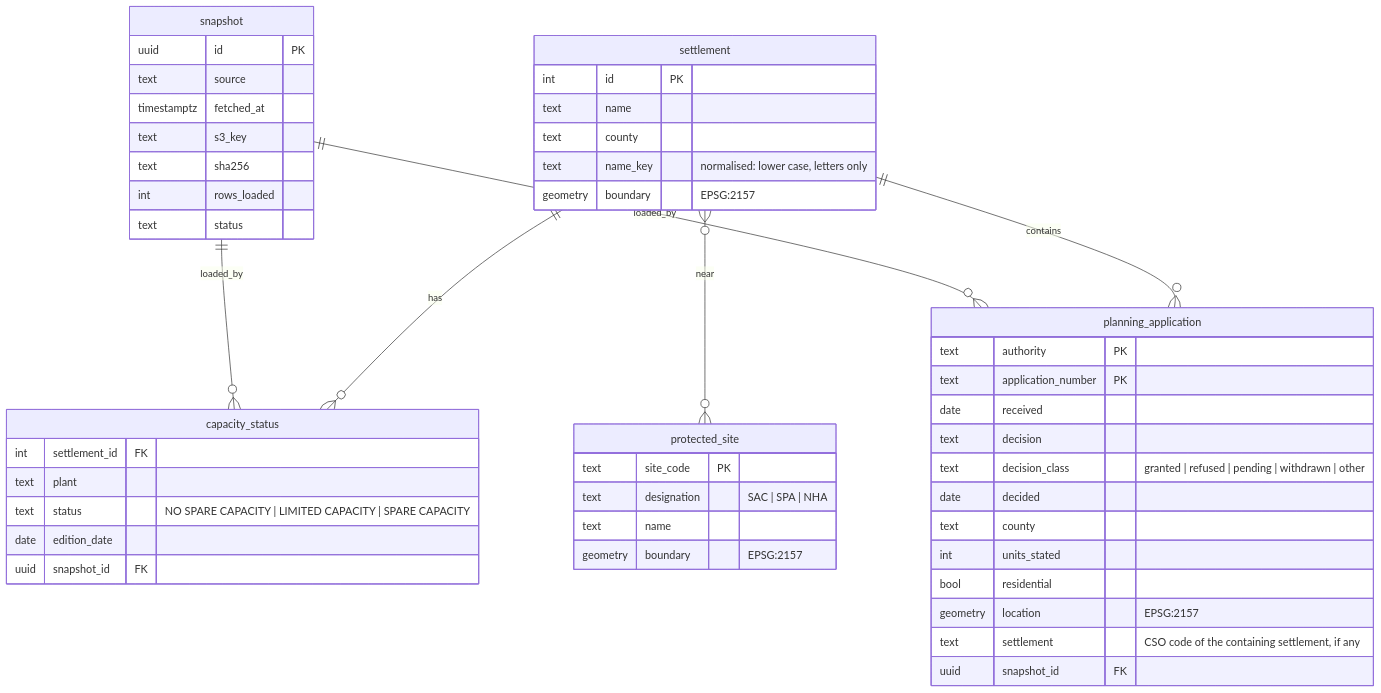
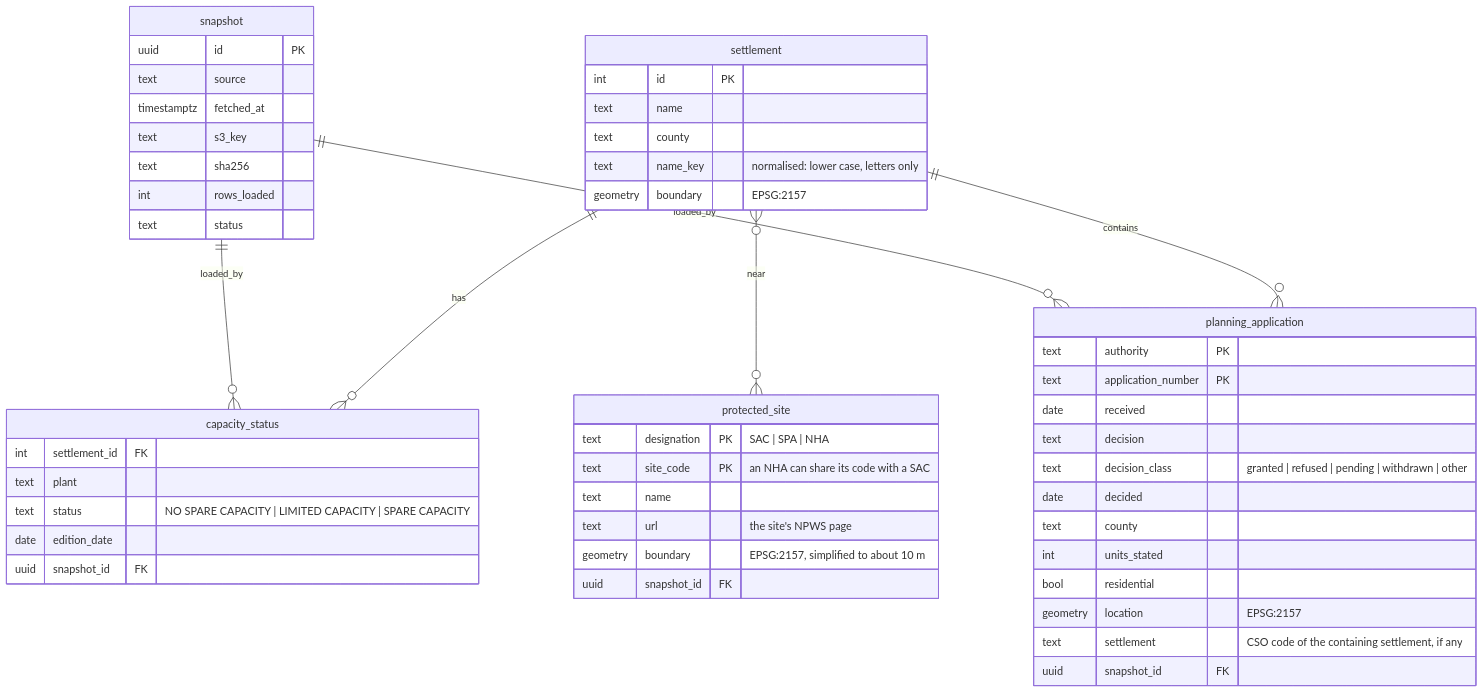
Before and after one commit to Neel09apr/DwellWise: the second of 2 diagrams in docs/DESIGN.md, drawn with Mermaid. The commit also changed other lines of this file and 28 other files, not shown here.

First line of the commit message:
feat: protected sites (SAC, SPA, NHA) and brief section 03

````diff
--- a/docs/DESIGN.md
+++ b/docs/DESIGN.md
@@ -103,52 +103,54 @@
 ```mermaid
 erDiagram
   settlement ||--o{ capacity_status : has
   settlement ||--o{ planning_application : contains
   settlement }o--o{ protected_site : near
   snapshot ||--o{ capacity_status : loaded_by
   snapshot ||--o{ planning_application : loaded_by
 
   settlement {
     int id PK
     text name
     text county
     text name_key "normalised: lower case, letters only"
     geometry boundary "EPSG:2157"
   }
   capacity_status {
     int settlement_id FK
     text plant
     text status "NO SPARE CAPACITY | LIMITED CAPACITY | SPARE CAPACITY"
     date edition_date
     uuid snapshot_id FK
   }
   planning_application {
     text authority PK
     text application_number PK
     date received
     text decision
     text decision_class "granted | refused | pending | withdrawn | other"
     date decided
     text county
     int units_stated
     bool residential
     geometry location "EPSG:2157"
     text settlement "CSO code of the containing settlement, if any"
     uuid snapshot_id FK
   }
   protected_site {
-    text site_code PK
-    text designation "SAC | SPA | NHA"
+    text designation PK "SAC | SPA | NHA"
+    text site_code PK "an NHA can share its code with a SAC"
     text name
-    geometry boundary "EPSG:2157"
+    text url "the site's NPWS page"
+    geometry boundary "EPSG:2157, simplified to about 10 m"
+    uuid snapshot_id FK
   }
   snapshot {
     uuid id PK
     text source
     timestamptz fetched_at
     text s3_key
     text sha256
     int rows_loaded
     text status
   }
 ```
````
